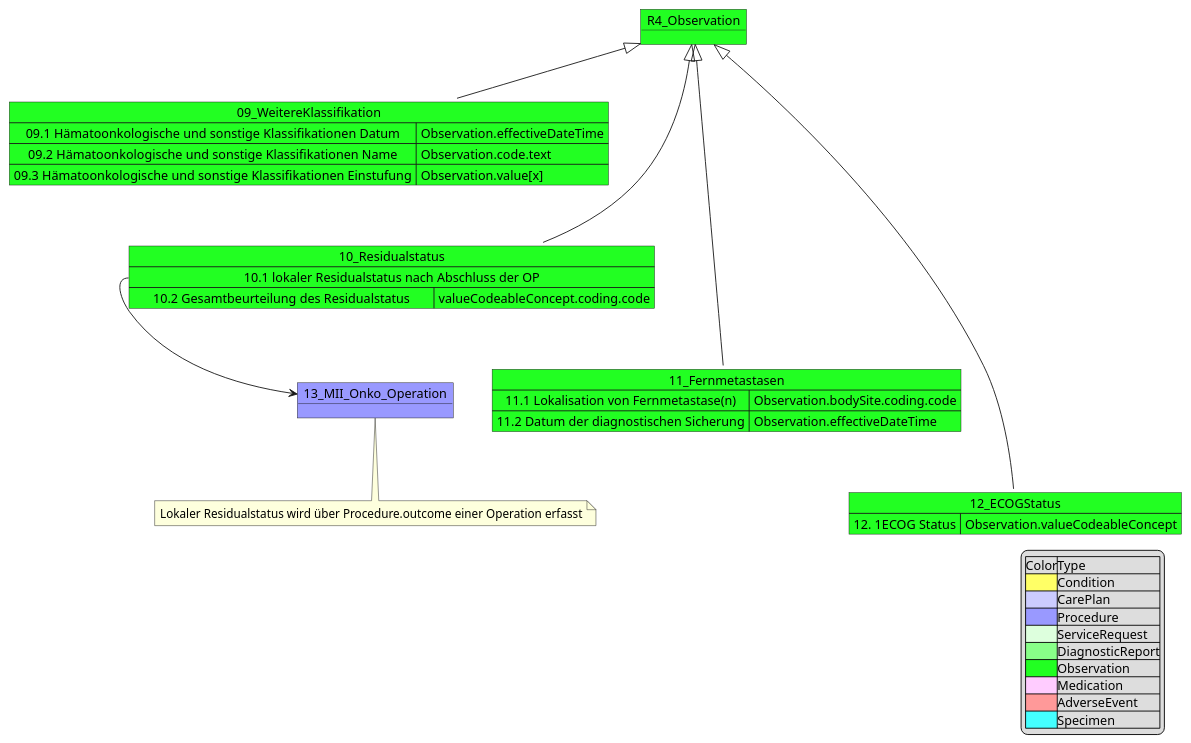
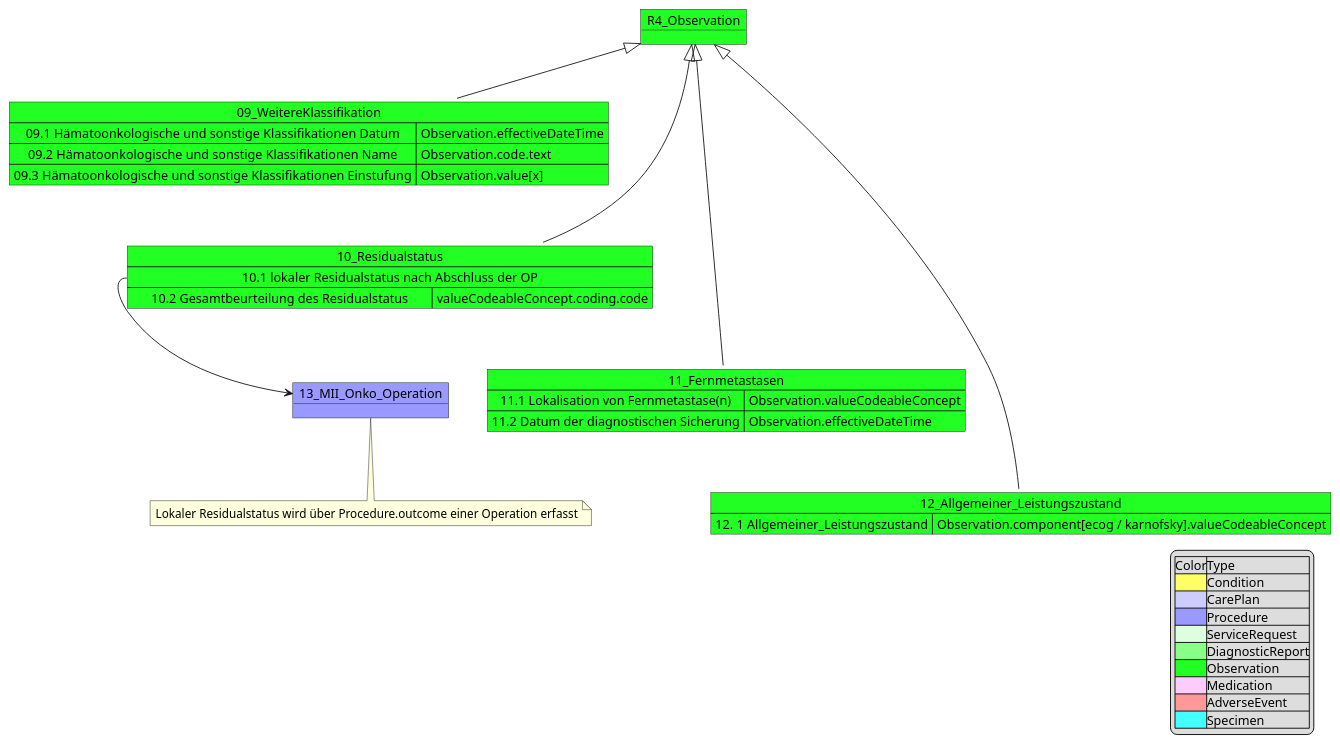
Before and after one commit to medizininformatik-initiative/kerndatensatzmodul-onkologie: the diagram in input/images-source/MII_Onko_9-12_Observations.pu, drawn with PlantUML.

Commit message:
added pictures for observation

```diff
--- a/input/images-source/MII_Onko_9-12_Observations.pu
+++ b/input/images-source/MII_Onko_9-12_Observations.pu
@@ -1,50 +1,50 @@
 @startuml MII_Onko_9-12_Observations
 object R4_Observation #22FF22
 Map 09_WeitereKlassifikation #22FF22 {
  09.1 Hämatoonkologische und sonstige Klassifikationen Datum => Observation.effectiveDateTime
  09.2 Hämatoonkologische und sonstige Klassifikationen Name => Observation.code.text
  09.3 Hämatoonkologische und sonstige Klassifikationen Einstufung => Observation.value[x]
 } 
 R4_Observation <|-down- 09_WeitereKlassifikation
 
 object 13_MII_Onko_Operation #9999FF
 note bottom 
     Lokaler Residualstatus wird über Procedure.outcome einer Operation erfasst
 end note
 
 Map 10_Residualstatus #22FF22{
     10.1 lokaler Residualstatus nach Abschluss der OP *--> 13_MII_Onko_Operation
     10.2 Gesamtbeurteilung des Residualstatus => valueCodeableConcept.coding.code  
 }
 
 R4_Observation <|-down-- 10_Residualstatus
 
 Map 11_Fernmetastasen #22FF22{
-    11.1 Lokalisation von Fernmetastase(n)  => Observation.bodySite.coding.code
+    11.1 Lokalisation von Fernmetastase(n)  => Observation.valueCodeableConcept
     11.2 Datum der diagnostischen Sicherung => Observation.effectiveDateTime
  
 }
 R4_Observation <|-down--- 11_Fernmetastasen
 
 
-Map 12_ECOGStatus #22FF22{
-    12. 1ECOG Status => Observation.valueCodeableConcept
+Map 12_Allgemeiner_Leistungszustand #22FF22{
+    12. 1 Allgemeiner_Leistungszustand => Observation.component[ecog / karnofsky].valueCodeableConcept
 
 }
-R4_Observation <|-down---- 12_ECOGStatus
+R4_Observation <|-down---- 12_Allgemeiner_Leistungszustand
 
 legend right 
 |Color|Type|
 |<#FFFF66>|Condition|
 |<#CCCCFF>|CarePlan|
 |<#9999FF>|Procedure|
 |<#DDFFDD>|ServiceRequest|
 |<#88FF88>|DiagnosticReport|
 |<#22FF22>|Observation|
 |<#FFCCFF>|Medication|
 |<#FF9999>|AdverseEvent|
 |<#44FFFF>|Specimen|
 endlegend
 
 
 @enduml
```
